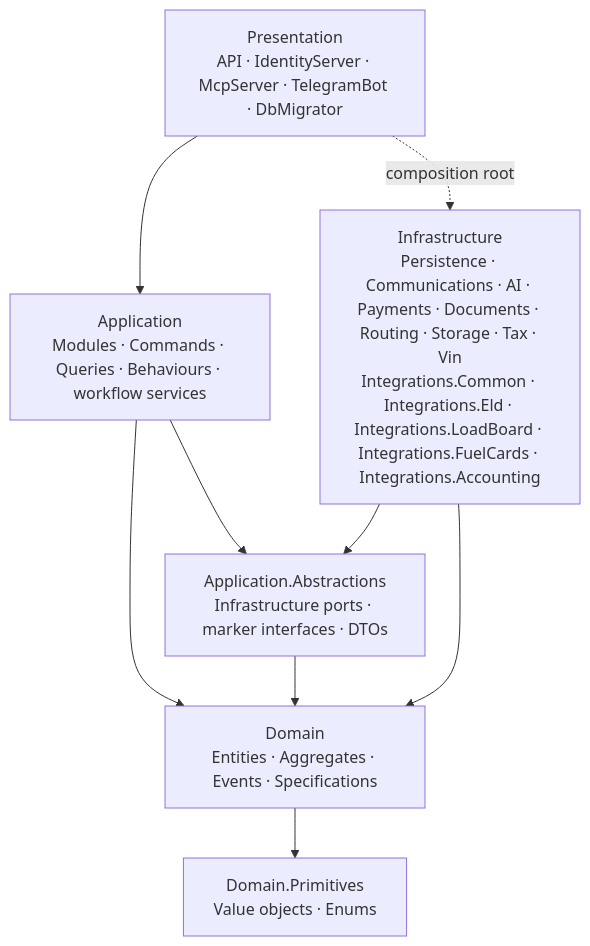
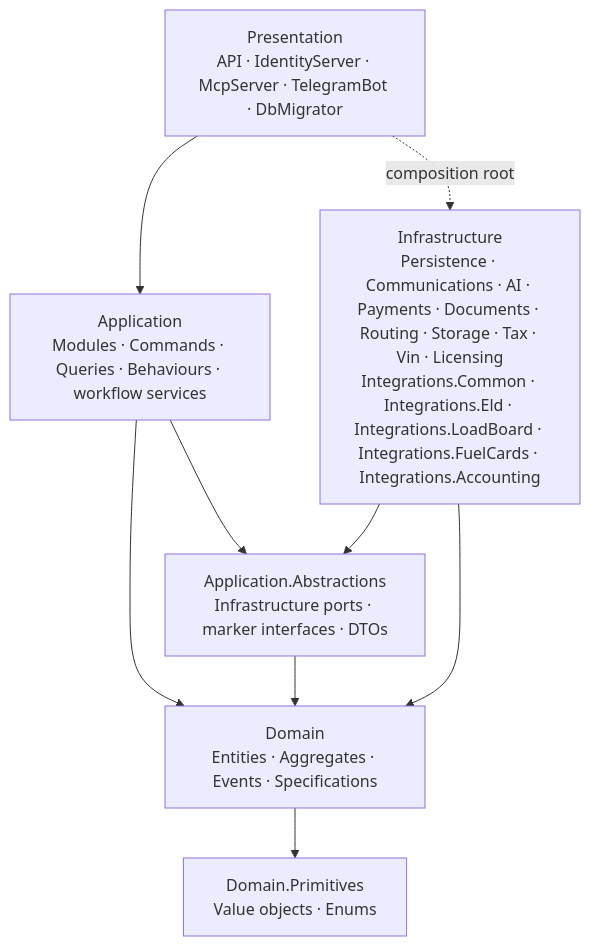
Before and after one commit to suxrobGM/logistics-app: the second of 3 diagrams in docs/architecture/overview.md, drawn with Mermaid. The commit also changed other lines of this file and 8 other files, not shown here.

Commit message:
docs: correct stale feature, architecture, config and roadmap claims and extend the pre-pilot checklist

````diff
--- a/docs/architecture/overview.md
+++ b/docs/architecture/overview.md
@@ -83,18 +83,18 @@
 ```mermaid
 flowchart TB
     P["Presentation<br/>API · IdentityServer · McpServer · TelegramBot · DbMigrator"]
     A["Application<br/>Modules · Commands · Queries · Behaviours · workflow services"]
     Ab["Application.Abstractions<br/>Infrastructure ports · marker interfaces · DTOs"]
     D["Domain<br/>Entities · Aggregates · Events · Specifications"]
     Pr["Domain.Primitives<br/>Value objects · Enums"]
-    I["Infrastructure<br/>Persistence · Communications · AI · Payments · Documents · Routing · Storage · Tax · Vin<br/>Integrations.Common · Integrations.Eld · Integrations.LoadBoard · Integrations.FuelCards · Integrations.Accounting"]
+    I["Infrastructure<br/>Persistence · Communications · AI · Payments · Documents · Routing · Storage · Tax · Vin · Licensing<br/>Integrations.Common · Integrations.Eld · Integrations.LoadBoard · Integrations.FuelCards · Integrations.Accounting"]
 
     P --> A
     P -.composition root.-> I
     A --> Ab
     A --> D
     Ab --> D
     D --> Pr
     I --> Ab
     I --> D
 ```
````
